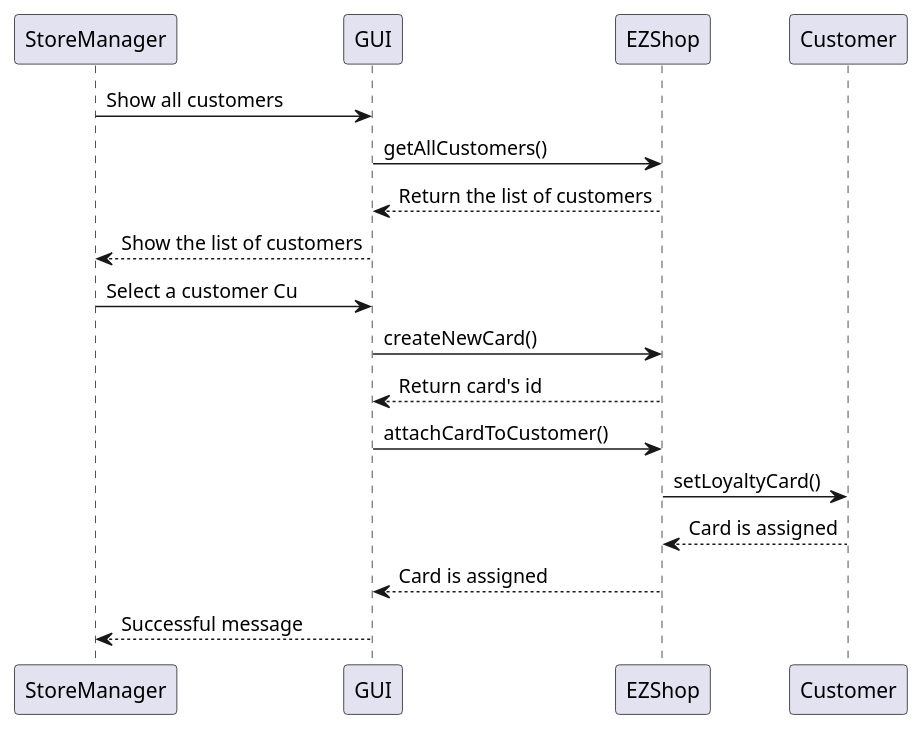
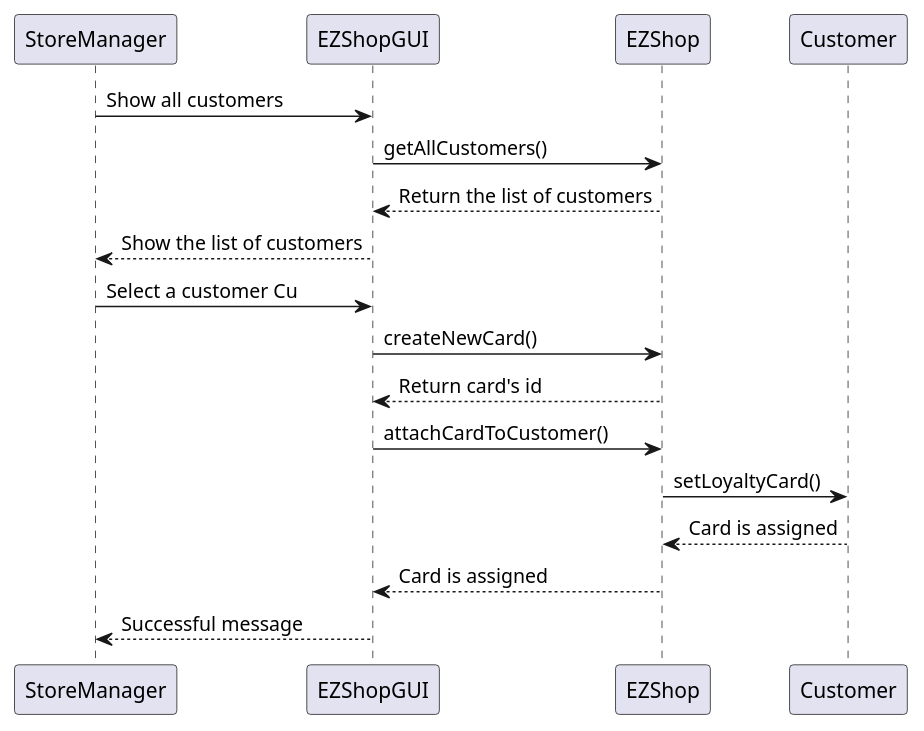
The sixth of 8 diagrams in Deliverables/DesignDocument.md (polito-se2-21-r03/se1-ezshop), drawn with PlantUML before and after one commit. The commit also changed other lines of this file, not shown here.

````diff
--- a/Deliverables/DesignDocument.md
+++ b/Deliverables/DesignDocument.md
@@ -361,15 +394,15 @@
 ```plantuml
-StoreManager -> GUI: Show all customers
-GUI -> EZShop: getAllCustomers()
-EZShop --> GUI: Return the list of customers
-GUI --> StoreManager: Show the list of customers
-StoreManager -> GUI: Select a customer Cu
-GUI -> EZShop: createNewCard()
-EZShop --> GUI: Return card's id
-GUI -> EZShop: attachCardToCustomer()
+StoreManager -> EZShopGUI: Show all customers
+EZShopGUI -> EZShop: getAllCustomers()
+EZShop --> EZShopGUI: Return the list of customers
+EZShopGUI --> StoreManager: Show the list of customers
+StoreManager -> EZShopGUI: Select a customer Cu
+EZShopGUI -> EZShop: createNewCard()
+EZShop --> EZShopGUI: Return card's id
+EZShopGUI -> EZShop: attachCardToCustomer()
 EZShop -> Customer: setLoyaltyCard()
 Customer --> EZShop: Card is assigned
-EZShop --> GUI: Card is assigned
-GUI --> StoreManager: Successful message
+EZShop --> EZShopGUI: Card is assigned
+EZShopGUI --> StoreManager: Successful message
 
 ```
````
